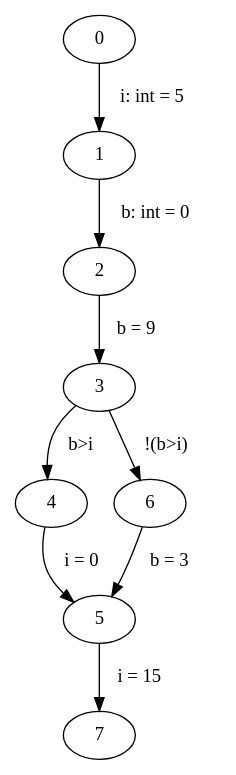
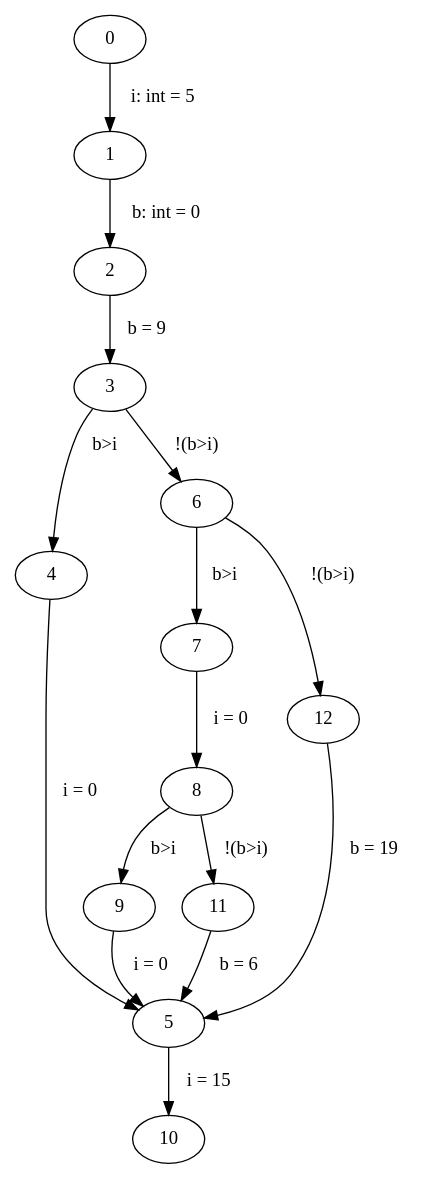
The diagram in src/main/java/graphviz/input.dot (FloKes/ProgramAnalysis), drawn with Graphviz before and after one commit. The commit also changed 3 other files, not shown here.

```diff
--- a/src/main/java/graphviz/input.dot
+++ b/src/main/java/graphviz/input.dot
@@ -1,10 +1,17 @@
 digraph ProgramGraph{
 "0" -> "1" [label="  i: int = 5   "] 
 "1" -> "2" [label="  b: int = 0   "] 
 "2" -> "3" [label="  b = 9   "] 
 "3" -> "4" [label="  b>i   "] 
 "3" -> "6" [label="  !(b>i)   "] 
 "4" -> "5" [label="  i = 0   "] 
-"5" -> "7" [label="  i = 15   "] 
-"6" -> "5" [label="  b = 3   "] 
+"5" -> "10" [label="  i = 15   "] 
+"6" -> "7" [label="  b>i   "] 
+"6" -> "12" [label="  !(b>i)   "] 
+"7" -> "8" [label="  i = 0   "] 
+"8" -> "9" [label="  b>i   "] 
+"8" -> "11" [label="  !(b>i)   "] 
+"9" -> "5" [label="  i = 0   "] 
+"11" -> "5" [label="  b = 6   "] 
+"12" -> "5" [label="  b = 19   "] 
 }
```
